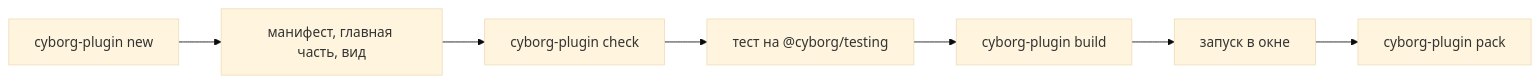
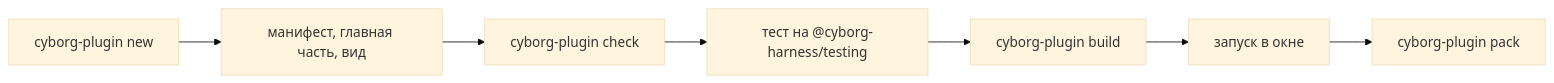
Before and after one commit to dex-it/cyborg-harness: the diagram in docs/guide/start/first-plugin.md, drawn with Mermaid (base theme). The commit also changed other lines of this file and 128 other files, not shown here.

First line of the commit message:
npm-scope @cyborg-harness вместо занятого @cyborg; остатки ревью #67

````diff
--- a/docs/guide/start/first-plugin.md
+++ b/docs/guide/start/first-plugin.md
@@ -8,9 +8,9 @@
 ```mermaid
 flowchart LR
   new["cyborg-plugin new"] --> edit["манифест, главная часть, вид"]
   edit --> check["cyborg-plugin check"]
-  check --> test["тест на @cyborg/testing"]
+  check --> test["тест на @cyborg-harness/testing"]
   test --> build["cyborg-plugin build"]
   build --> run["запуск в окне"]
   run --> pack["cyborg-plugin pack"]
 ```
````
